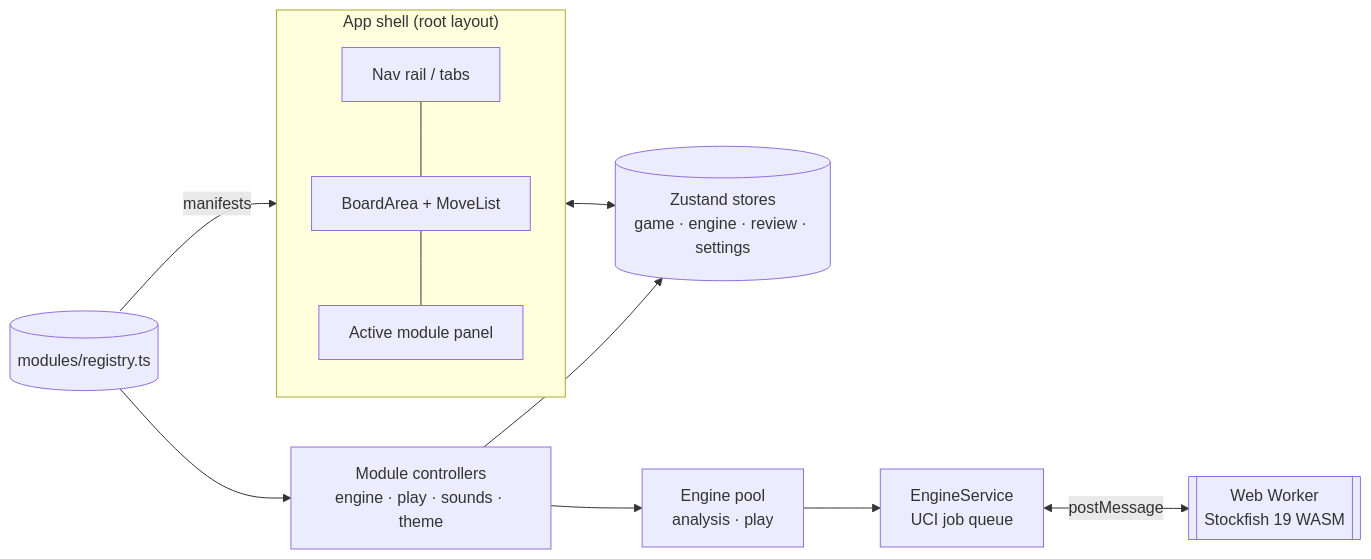
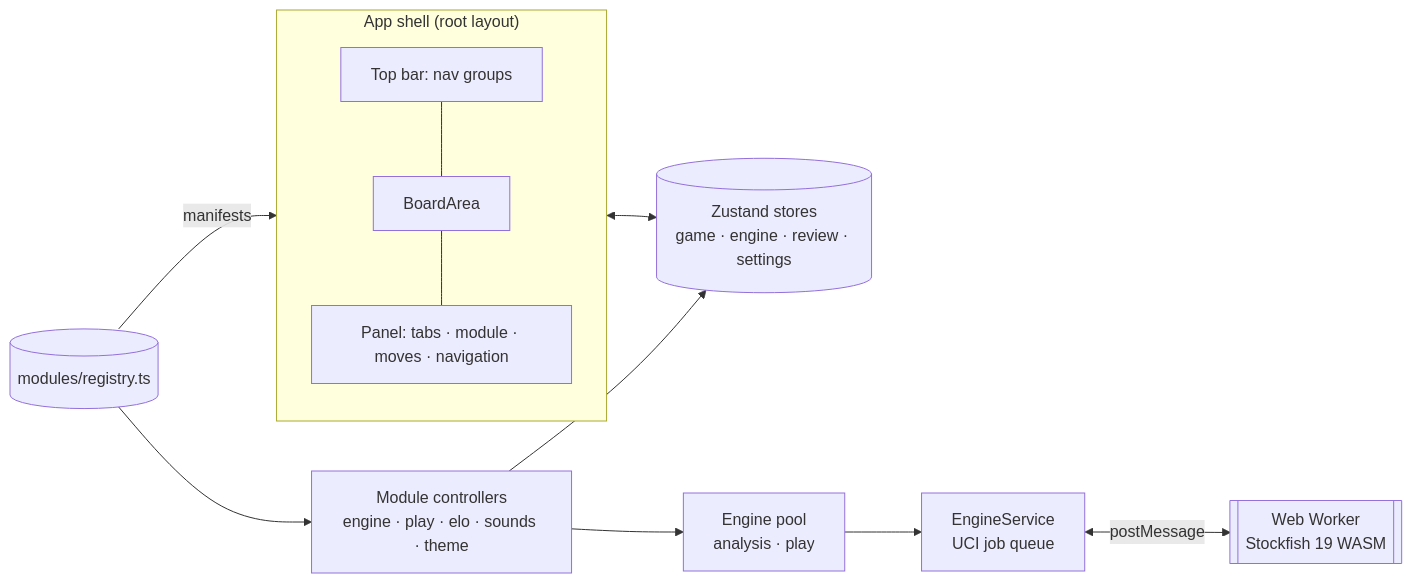
The diagram in README.md (leiffurthersocial-rgb/modulo-chess), drawn with Mermaid before and after one commit. The commit also changed other lines of this file and 6 other files, not shown here.

````diff
--- a/README.md
+++ b/README.md
@@ -125,13 +138,13 @@
 ```mermaid
 flowchart LR
   subgraph Shell["App shell (root layout)"]
-    Nav[Nav rail / tabs] --- Board[BoardArea + MoveList] --- Panel[Active module panel]
+    Nav[Top bar: nav groups] --- Board[BoardArea] --- Panel[Panel: tabs · module · moves · navigation]
   end
   Registry[(modules/registry.ts)] -->|manifests| Shell
-  Registry --> Controllers[Module controllers<br/>engine · play · sounds · theme]
+  Registry --> Controllers[Module controllers<br/>engine · play · elo · sounds · theme]
   Controllers --> Stores[(Zustand stores<br/>game · engine · review · settings)]
   Shell <--> Stores
   Controllers --> Pool[Engine pool<br/>analysis · play]
   Pool --> ES[EngineService<br/>UCI job queue]
   ES <-->|postMessage| Worker[[Web Worker<br/>Stockfish 19 WASM]]
 ```
````
